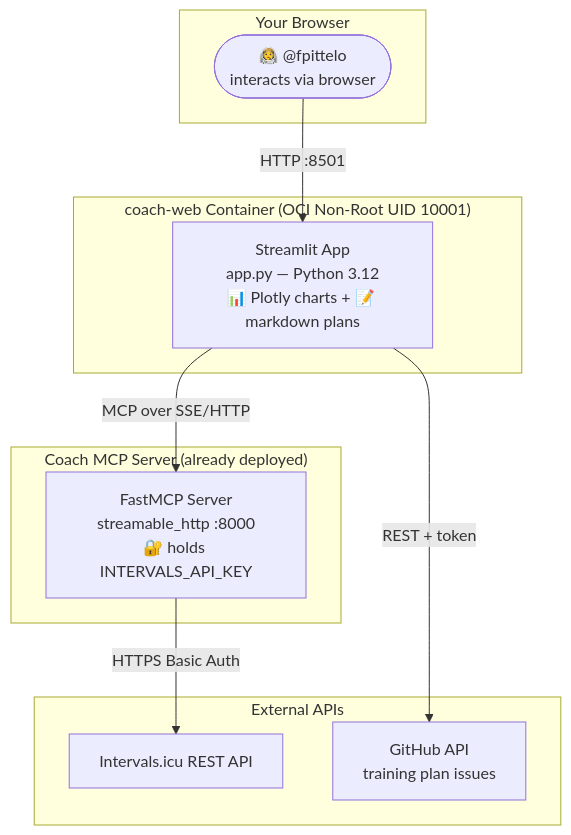
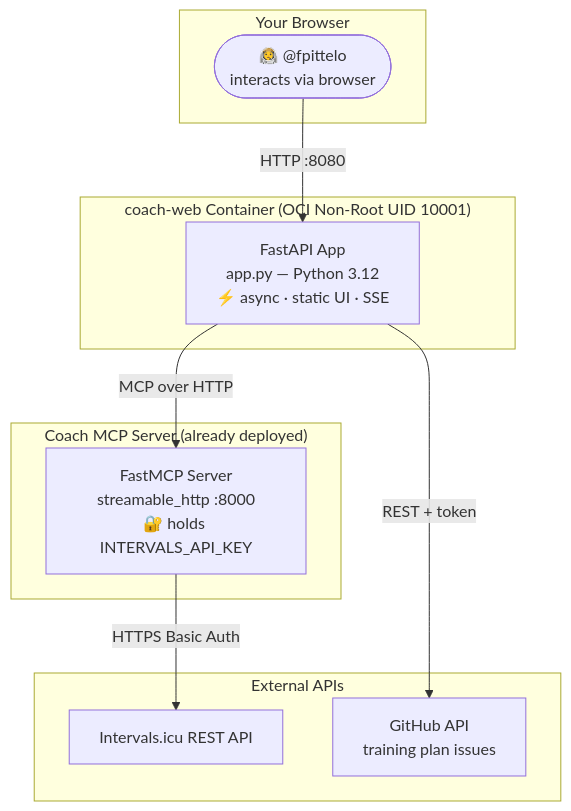
One commit to fpittelo/coach-web changed the first of 2 diagrams in README.md. Above: the diagram before and after it, drawn with Mermaid. The commit also changed other lines of this file and 31 other files, not shown here.

First line of the commit message:
feat(core): FastAPI scaffold, static assets & healthcheck (#69)

````diff
--- a/README.md
+++ b/README.md
@@ -32,24 +37,24 @@
 ```mermaid
 graph TD
     subgraph "Your Browser"
         YOU(["🧑‍🚀 @fpittelo<br/>interacts via browser"])
     end
 
     subgraph "coach-web Container (OCI Non-Root UID 10001)"
-        APP["Streamlit App<br/>app.py — Python 3.12<br/>📊 Plotly charts + 📝 markdown plans"]
+        APP["FastAPI App<br/>app.py — Python 3.12<br/>⚡ async · static UI · SSE"]
     end
 
     subgraph "Coach MCP Server (already deployed)"
         MCP["FastMCP Server<br/>streamable_http :8000<br/>🔐 holds INTERVALS_API_KEY"]
     end
 
     subgraph "External APIs"
         INTERVALS["Intervals.icu REST API"]
         GITHUB["GitHub API<br/>training plan issues"]
     end
 
-    YOU -->|"HTTP :8501"| APP
-    APP -->|"MCP over SSE/HTTP"| MCP
+    YOU -->|"HTTP :8080"| APP
+    APP -->|"MCP over HTTP"| MCP
     APP -->|"REST + token"| GITHUB
     MCP -->|"HTTPS Basic Auth"| INTERVALS
 ```
````
